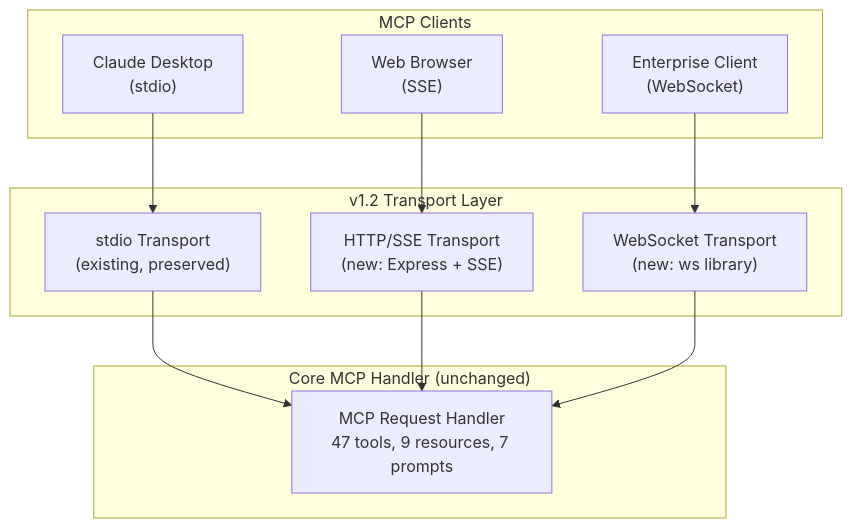
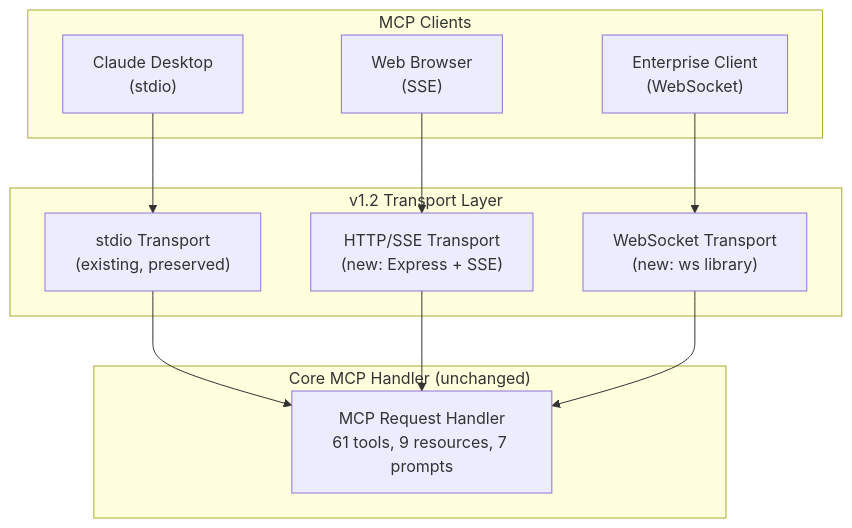
The third of 4 diagrams in docs/api/media/FUTURE_ARCHITECTURE.md (Hack23/European-Parliament-MCP-Server), drawn with Mermaid before and after one commit. The commit also changed other lines of this file and 1735 other files, not shown here.

````diff
--- a/docs/api/media/FUTURE_ARCHITECTURE.md
+++ b/docs/api/media/FUTURE_ARCHITECTURE.md
@@ -146,25 +146,25 @@
 ```mermaid
 flowchart TD
     subgraph Transports["v1.2 Transport Layer"]
         STDIO["stdio Transport\n(existing, preserved)"]
         HTTP["HTTP/SSE Transport\n(new: Express + SSE)"]
         WS["WebSocket Transport\n(new: ws library)"]
     end
 
     subgraph Clients["MCP Clients"]
         LOCAL["Claude Desktop\n(stdio)"]
         WEB["Web Browser\n(SSE)"]
         ENT["Enterprise Client\n(WebSocket)"]
     end
 
     subgraph Core["Core MCP Handler (unchanged)"]
-        HANDLER["MCP Request Handler\n47 tools, 9 resources, 7 prompts"]
+        HANDLER["MCP Request Handler\n61 tools, 9 resources, 7 prompts"]
     end
 
     LOCAL --> STDIO
     WEB --> HTTP
     ENT --> WS
     STDIO --> HANDLER
     HTTP --> HANDLER
     WS --> HANDLER
 ```
````
